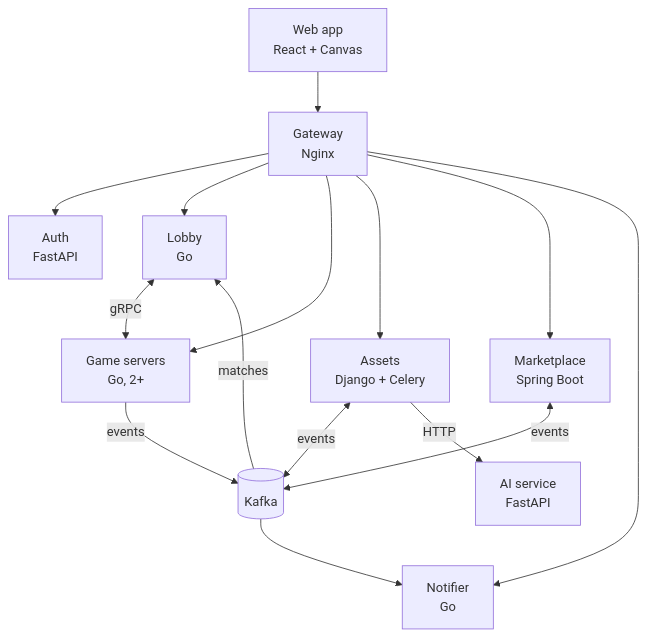
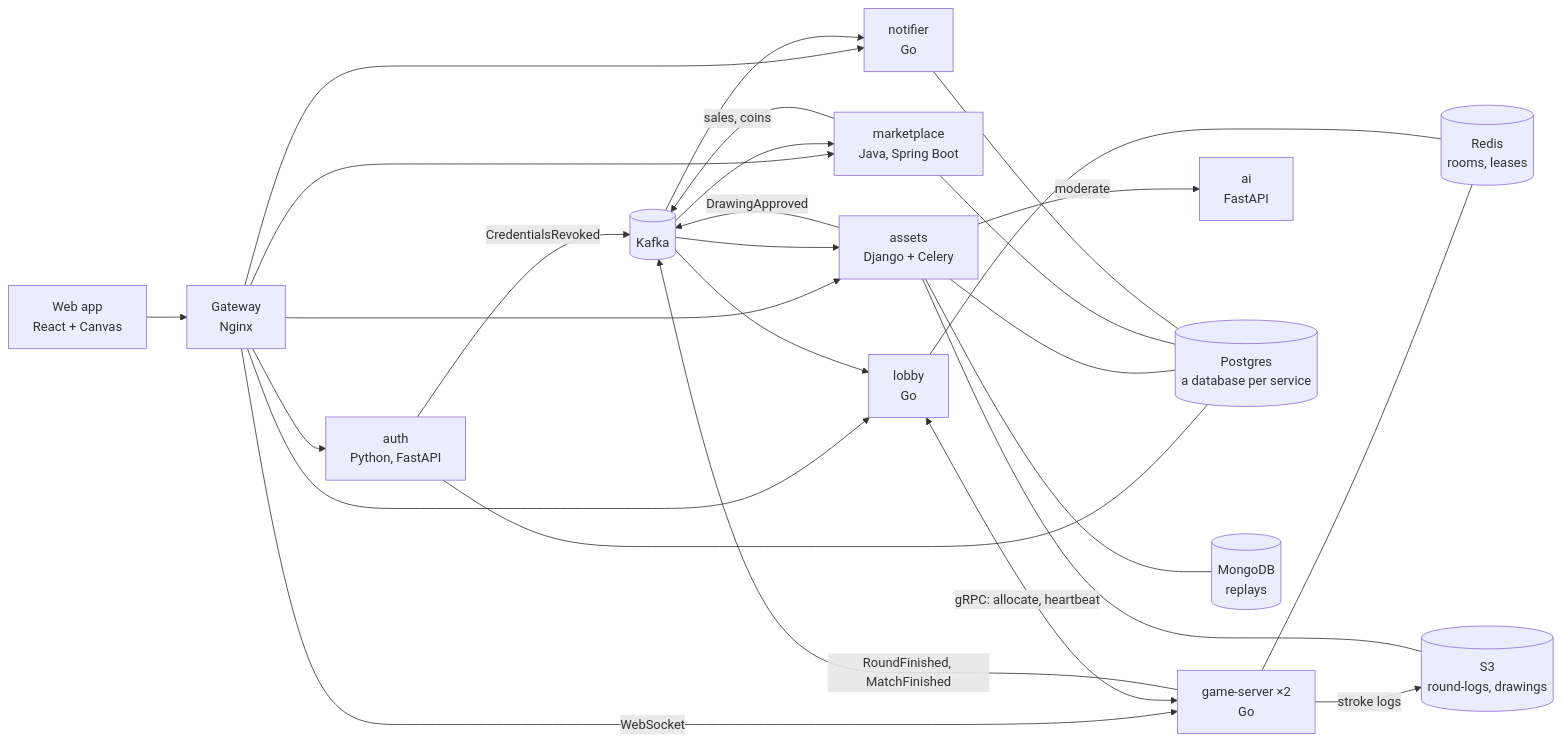
One commit to Bowenn/doodle-arena changed the diagram in README.md. Above: the diagram before and after it, drawn with Mermaid. The commit also changed other lines of this file, not shown here.

First line of the commit message:
docs: README for a newcomer: status, architecture with the stores, three flows, numbers, where to read

````diff
--- a/README.md
+++ b/README.md
@@ -27,17 +41,31 @@
 ```mermaid
-flowchart TB
+flowchart LR
   web["Web app<br/>React + Canvas"] --> gw["Gateway<br/>Nginx"]
-  gw --> auth["Auth<br/>FastAPI"]
-  gw --> lobby["Lobby<br/>Go"]
-  gw --> game["Game servers<br/>Go, 2+"]
-  gw --> assets["Assets<br/>Django + Celery"]
-  gw --> market["Marketplace<br/>Spring Boot"]
-  gw --> notifier["Notifier<br/>Go"]
-  lobby <-->|gRPC| game
-  game -->|events| kafka[("Kafka")]
-  assets <-->|events| kafka
-  market <-->|events| kafka
+  gw --> auth["auth<br/>Python, FastAPI"]
+  gw --> lobby["lobby<br/>Go"]
+  gw -->|WebSocket| game["game-server ×2<br/>Go"]
+  gw --> assets["assets<br/>Django + Celery"]
+  gw --> market["marketplace<br/>Java, Spring Boot"]
+  gw --> notifier["notifier<br/>Go"]
+  lobby <-->|gRPC: allocate, heartbeat| game
+  assets -->|moderate| ai["ai<br/>FastAPI"]
+
+  game -->|RoundFinished, MatchFinished| kafka[("Kafka")]
+  kafka --> assets
+  assets -->|DrawingApproved| kafka
+  kafka --> market
+  kafka --> lobby
+  market -->|sales, coins| kafka
+  auth -->|CredentialsRevoked| kafka
   kafka --> notifier
-  kafka -->|matches| lobby
-  assets -->|HTTP| ai["AI service<br/>FastAPI"]
+
+  game --- redis[("Redis<br/>rooms, leases")]
+  lobby --- redis
+  game -->|stroke logs| s3[("S3<br/>round-logs, drawings")]
+  assets --- s3
+  auth --- pg[("Postgres<br/>a database per service")]
+  assets --- pg
+  market --- pg
+  notifier --- pg
+  assets --- mongo[("MongoDB<br/>replays")]
 ```
````
